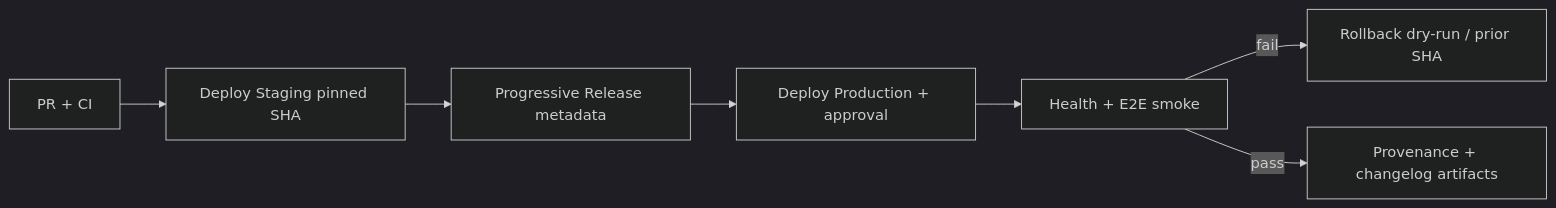
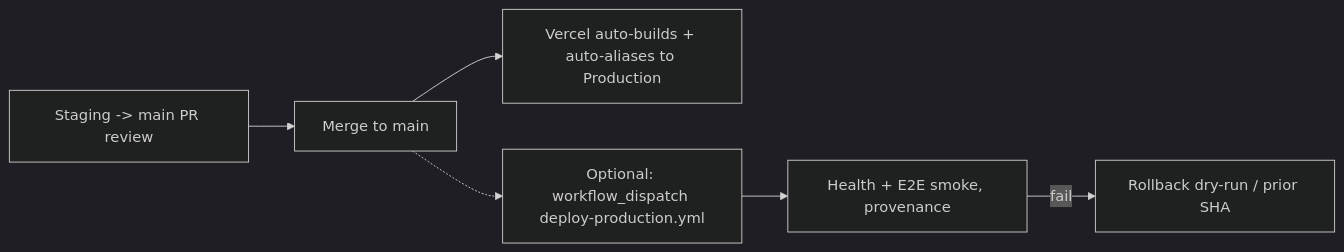
One commit to geraldmaron/blackstory changed the diagram in docs/runbooks/production-release.md. Above: the diagram before and after it, drawn with Mermaid (dark theme). The commit also changed other lines of this file and 4 other files, not shown here.

First line of the commit message:
docs(runbooks): describe the real production deploy, not a promote gate (repo-8ary, repo-h1b2)

````diff
--- a/docs/runbooks/production-release.md
+++ b/docs/runbooks/production-release.md
@@ -32,9 +44,8 @@
 ```mermaid
 flowchart LR
-  PR[PR + CI] --> STG[Deploy Staging pinned SHA]
-  STG --> META[Progressive Release metadata]
-  META --> PROD[Deploy Production + approval]
-  PROD --> HC[Health + E2E smoke]
+  PR[Staging -> main PR review] --> MERGE[Merge to main]
+  MERGE --> WEB[Vercel auto-builds + auto-aliases to Production]
+  MERGE -.-> OPT[Optional: workflow_dispatch deploy-production.yml]
+  OPT --> HC[Health + E2E smoke, provenance]
   HC -->|fail| RB[Rollback dry-run / prior SHA]
-  HC -->|pass| DONE[Provenance + changelog artifacts]
 ```
````
